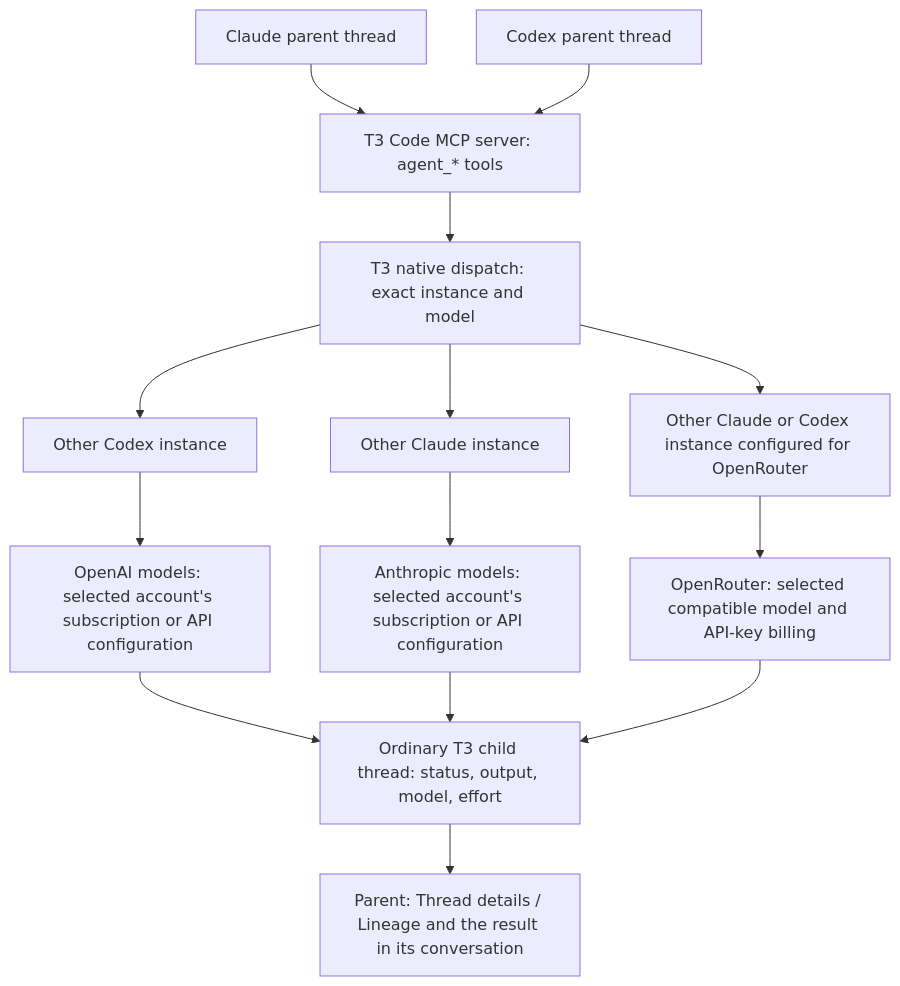
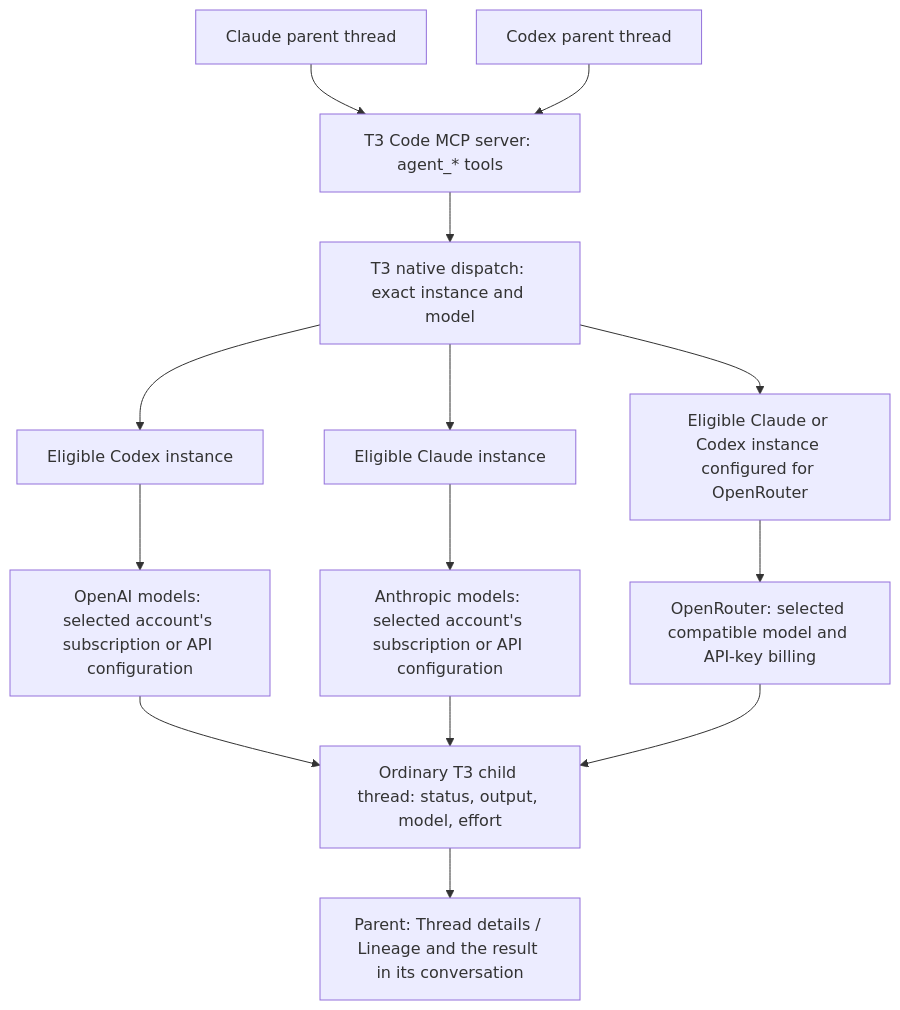
Before and after one commit to agiontheway/t3code: the diagram in docs/user/cross-provider-agents.md, drawn with Mermaid. The commit also changed other lines of this file and 4 other files, not shown here.

````diff
--- a/docs/user/cross-provider-agents.md
+++ b/docs/user/cross-provider-agents.md
@@ -73,16 +73,16 @@
 ```mermaid
 flowchart TD
     C["Claude parent thread"] --> M["T3 Code MCP server: agent_* tools"]
     G["Codex parent thread"] --> M
     M --> D["T3 native dispatch: exact instance and model"]
-    D --> O["Other Codex instance"]
-    D --> A["Other Claude instance"]
-    D --> R["Other Claude or Codex instance configured for OpenRouter"]
+    D --> O["Eligible Codex instance"]
+    D --> A["Eligible Claude instance"]
+    D --> R["Eligible Claude or Codex instance configured for OpenRouter"]
     O --> OL["OpenAI models: selected account's subscription or API configuration"]
     A --> AL["Anthropic models: selected account's subscription or API configuration"]
     R --> RL["OpenRouter: selected compatible model and API-key billing"]
     OL --> T["Ordinary T3 child thread: status, output, model, effort"]
     AL --> T
     RL --> T
     T --> P["Parent: Thread details / Lineage and the result in its conversation"]
 ```
````
